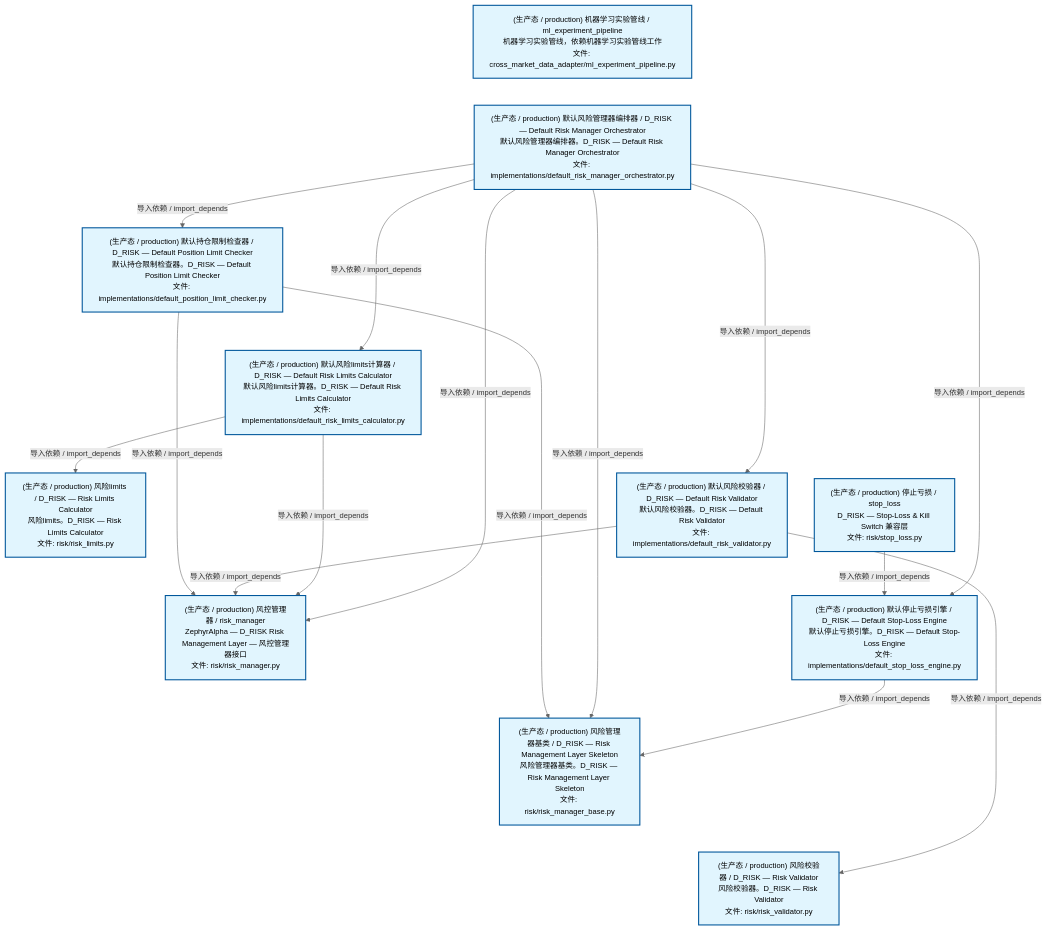
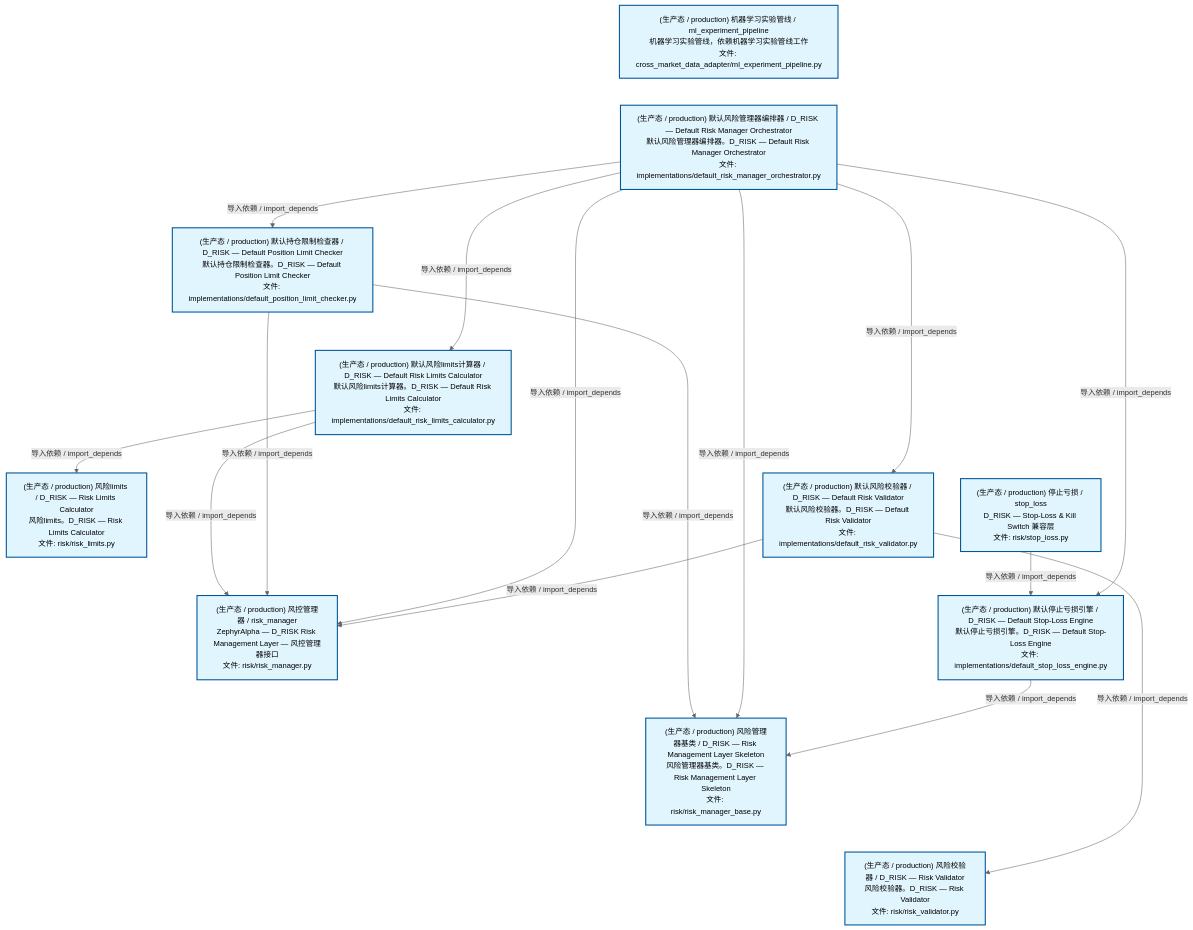
Before and after one commit to xuanFelixVan/ZephyrAlpha: the second of 4 diagrams in docs/02_enterprise_architecture/02_domain_architecture_docs/65_d_risk.md, drawn with Mermaid. The commit also changed other lines of this file and 40 other files, not shown here.

````diff
--- a/docs/02_enterprise_architecture/02_domain_architecture_docs/65_d_risk.md
+++ b/docs/02_enterprise_architecture/02_domain_architecture_docs/65_d_risk.md
@@ -134,42 +134,42 @@
 ```mermaid
 %%{init: {'theme': 'base', 'themeVariables': {'primaryColor': '#eaeaea', 'primaryTextColor': '#333333', 'primaryBorderColor': '#666666', 'lineColor': '#666666', 'secondaryColor': '#eaeaea', 'tertiaryColor': '#eaeaea', 'fontSize': '14px'}}}%%
 flowchart TD
     src_zephyr_risk_cross_asset_cross_market_data_adapter_ml_experiment_pipeline_py["(生产态 / production) 机器学习实验管线 / ml_experiment_pipeline<br/>机器学习实验管线，依赖机器学习实验管线工作<br/>文件: cross_market_data_adapter/ml_experiment_pipeline.py"]
     src_zephyr_risk_implementations_default_risk_manager_orchestrator_py["(生产态 / production) 默认风险管理器编排器 / D_RISK — Default Risk Manager Orchestrator<br/>默认风险管理器编排器。D_RISK — Default Risk Manager Orchestrator<br/>文件: implementations/default_risk_manager_orchestrator.py"]
     src_zephyr_risk_stop_loss_py["(生产态 / production) 停止亏损 / stop_loss<br/>D_RISK — Stop-Loss & Kill Switch 兼容层<br/>文件: risk/stop_loss.py"]
     src_zephyr_risk_cross_asset_cross_market_data_adapter_ml_experiment_pipeline_py ~~~ src_zephyr_risk_implementations_default_risk_manager_orchestrator_py
     src_zephyr_risk_implementations_default_risk_manager_orchestrator_py ~~~ src_zephyr_risk_stop_loss_py
     src_zephyr_risk_implementations_default_position_limit_checker_py["(生产态 / production) 默认持仓限制检查器 / D_RISK — Default Position Limit Checker<br/>默认持仓限制检查器。D_RISK — Default Position Limit Checker<br/>文件: implementations/default_position_limit_checker.py"]
     src_zephyr_risk_implementations_default_risk_limits_calculator_py["(生产态 / production) 默认风险limits计算器 / D_RISK — Default Risk Limits Calculator<br/>默认风险limits计算器。D_RISK — Default Risk Limits Calculator<br/>文件: implementations/default_risk_limits_calculator.py"]
     src_zephyr_risk_implementations_default_risk_validator_py["(生产态 / production) 默认风险校验器 / D_RISK — Default Risk Validator<br/>默认风险校验器。D_RISK — Default Risk Validator<br/>文件: implementations/default_risk_validator.py"]
     src_zephyr_risk_implementations_default_stop_loss_engine_py["(生产态 / production) 默认停止亏损引擎 / D_RISK — Default Stop-Loss Engine<br/>默认停止亏损引擎。D_RISK — Default Stop-Loss Engine<br/>文件: implementations/default_stop_loss_engine.py"]
     src_zephyr_risk_implementations_default_position_limit_checker_py ~~~ src_zephyr_risk_implementations_default_risk_limits_calculator_py
     src_zephyr_risk_implementations_default_risk_limits_calculator_py ~~~ src_zephyr_risk_implementations_default_risk_validator_py
     src_zephyr_risk_implementations_default_risk_validator_py ~~~ src_zephyr_risk_implementations_default_stop_loss_engine_py
     src_zephyr_risk_risk_limits_py["(生产态 / production) 风险limits / D_RISK — Risk Limits Calculator<br/>风险limits。D_RISK — Risk Limits Calculator<br/>文件: risk/risk_limits.py"]
     src_zephyr_risk_risk_manager_py["(生产态 / production) 风控管理器 / risk_manager<br/>ZephyrAlpha — D_RISK Risk Management Layer — 风控管理器接口<br/>文件: risk/risk_manager.py"]
     src_zephyr_risk_risk_manager_base_py["(生产态 / production) 风险管理器基类 / D_RISK — Risk Management Layer Skeleton<br/>风险管理器基类。D_RISK — Risk Management Layer Skeleton<br/>文件: risk/risk_manager_base.py"]
     src_zephyr_risk_risk_validator_py["(生产态 / production) 风险校验器 / D_RISK — Risk Validator<br/>风险校验器。D_RISK — Risk Validator<br/>文件: risk/risk_validator.py"]
     src_zephyr_risk_risk_limits_py ~~~ src_zephyr_risk_risk_manager_py
     src_zephyr_risk_risk_manager_py ~~~ src_zephyr_risk_risk_manager_base_py
     src_zephyr_risk_risk_manager_base_py ~~~ src_zephyr_risk_risk_validator_py
     src_zephyr_risk_stop_loss_py -->|导入依赖 / import_depends| src_zephyr_risk_implementations_default_stop_loss_engine_py
-    src_zephyr_risk_implementations_default_position_limit_checker_py -->|导入依赖 / import_depends| src_zephyr_risk_risk_manager_base_py
-    src_zephyr_risk_implementations_default_position_limit_checker_py -->|导入依赖 / import_depends| src_zephyr_risk_risk_manager_py
-    src_zephyr_risk_implementations_default_risk_validator_py -->|导入依赖 / import_depends| src_zephyr_risk_risk_validator_py
-    src_zephyr_risk_implementations_default_risk_validator_py -->|导入依赖 / import_depends| src_zephyr_risk_risk_manager_py
     src_zephyr_risk_implementations_default_risk_limits_calculator_py -->|导入依赖 / import_depends| src_zephyr_risk_risk_manager_py
     src_zephyr_risk_implementations_default_risk_limits_calculator_py -->|导入依赖 / import_depends| src_zephyr_risk_risk_limits_py
+    src_zephyr_risk_implementations_default_position_limit_checker_py -->|导入依赖 / import_depends| src_zephyr_risk_risk_manager_py
+    src_zephyr_risk_implementations_default_position_limit_checker_py -->|导入依赖 / import_depends| src_zephyr_risk_risk_manager_base_py
+    src_zephyr_risk_implementations_default_risk_manager_orchestrator_py -->|导入依赖 / import_depends| src_zephyr_risk_risk_manager_py
+    src_zephyr_risk_implementations_default_risk_manager_orchestrator_py -->|导入依赖 / import_depends| src_zephyr_risk_implementations_default_risk_limits_calculator_py
     src_zephyr_risk_implementations_default_risk_manager_orchestrator_py -->|导入依赖 / import_depends| src_zephyr_risk_risk_manager_base_py
-    src_zephyr_risk_implementations_default_risk_manager_orchestrator_py -->|导入依赖 / import_depends| src_zephyr_risk_risk_manager_py
     src_zephyr_risk_implementations_default_risk_manager_orchestrator_py -->|导入依赖 / import_depends| src_zephyr_risk_implementations_default_position_limit_checker_py
     src_zephyr_risk_implementations_default_risk_manager_orchestrator_py -->|导入依赖 / import_depends| src_zephyr_risk_implementations_default_risk_validator_py
-    src_zephyr_risk_implementations_default_risk_manager_orchestrator_py -->|导入依赖 / import_depends| src_zephyr_risk_implementations_default_risk_limits_calculator_py
     src_zephyr_risk_implementations_default_risk_manager_orchestrator_py -->|导入依赖 / import_depends| src_zephyr_risk_implementations_default_stop_loss_engine_py
+    src_zephyr_risk_implementations_default_risk_validator_py -->|导入依赖 / import_depends| src_zephyr_risk_risk_manager_py
+    src_zephyr_risk_implementations_default_risk_validator_py -->|导入依赖 / import_depends| src_zephyr_risk_risk_validator_py
     src_zephyr_risk_implementations_default_stop_loss_engine_py -->|导入依赖 / import_depends| src_zephyr_risk_risk_manager_base_py
     classDef production fill:#e1f5fe,stroke:#01579b,stroke-width:2px,color:#000
     classDef design fill:#fff3e0,stroke:#e65100,stroke-width:2px,color:#000,stroke-dasharray: 5 5
     classDef external_prod fill:#e8f4fd,stroke:#0277bd,stroke-width:1px,color:#000
     classDef external_design fill:#fff8e7,stroke:#ef6c00,stroke-width:1px,color:#000,stroke-dasharray: 5 5
     class src_zephyr_risk_cross_asset_cross_market_data_adapter_ml_experiment_pipeline_py,src_zephyr_risk_implementations_default_position_limit_checker_py,src_zephyr_risk_implementations_default_risk_limits_calculator_py,src_zephyr_risk_implementations_default_risk_manager_orchestrator_py,src_zephyr_risk_implementations_default_risk_validator_py,src_zephyr_risk_implementations_default_stop_loss_engine_py,src_zephyr_risk_risk_limits_py,src_zephyr_risk_risk_manager_py,src_zephyr_risk_risk_manager_base_py,src_zephyr_risk_risk_validator_py,src_zephyr_risk_stop_loss_py production
 ```
````
